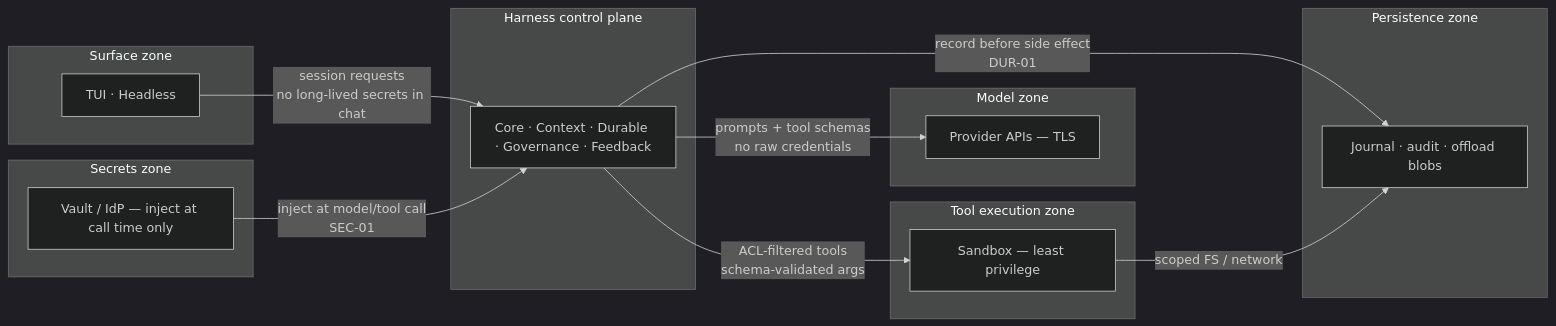
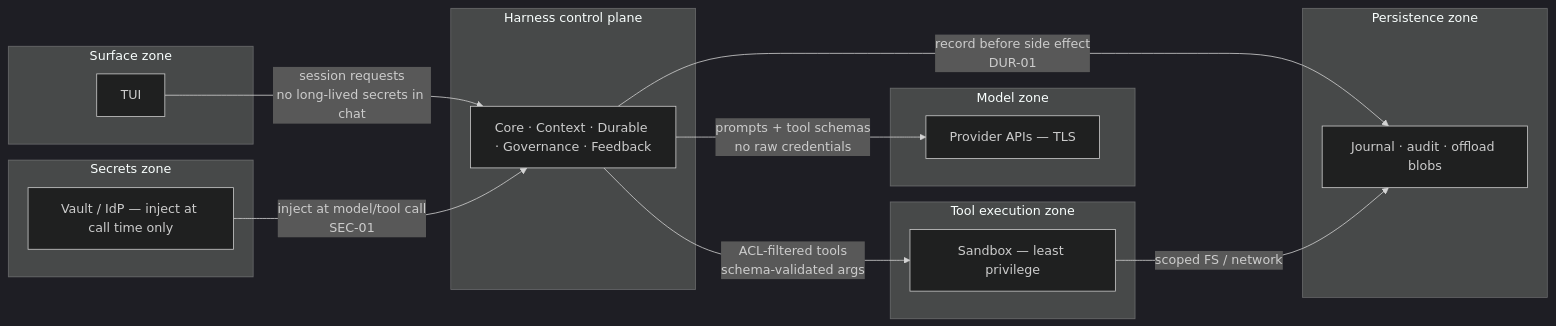
The second of 13 diagrams in docs/architecture.md (NorviaLabs/forge), drawn with Mermaid (dark theme) before and after one commit. The commit also changed other lines of this file and 13 other files, not shown here.

````diff
--- a/docs/architecture.md
+++ b/docs/architecture.md
@@ -120,33 +120,33 @@
 ```mermaid
 flowchart LR
   subgraph surface_zone["Surface zone"]
-    S["TUI · Headless"]
+    S["TUI"]
   end
 
   subgraph control_plane["Harness control plane"]
     CP["Core · Context · Durable · Governance · Feedback"]
   end
 
   subgraph model_zone["Model zone"]
     M["Provider APIs — TLS"]
   end
 
   subgraph tool_zone["Tool execution zone"]
     T["Sandbox — least privilege"]
   end
 
   subgraph persist_zone["Persistence zone"]
     P["Journal · audit · offload blobs"]
   end
 
   subgraph secrets_zone["Secrets zone"]
     V["Vault / IdP — inject at call time only"]
   end
 
   S -->|"session requests<br/>no long-lived secrets in chat"| CP
   CP -->|"prompts + tool schemas<br/>no raw credentials"| M
   CP -->|"ACL-filtered tools<br/>schema-validated args"| T
   CP -->|"record before side effect<br/>DUR-01"| P
   V -->|"inject at model/tool call<br/>SEC-01"| CP
   T -->|"scoped FS / network"| P
 ```
````
